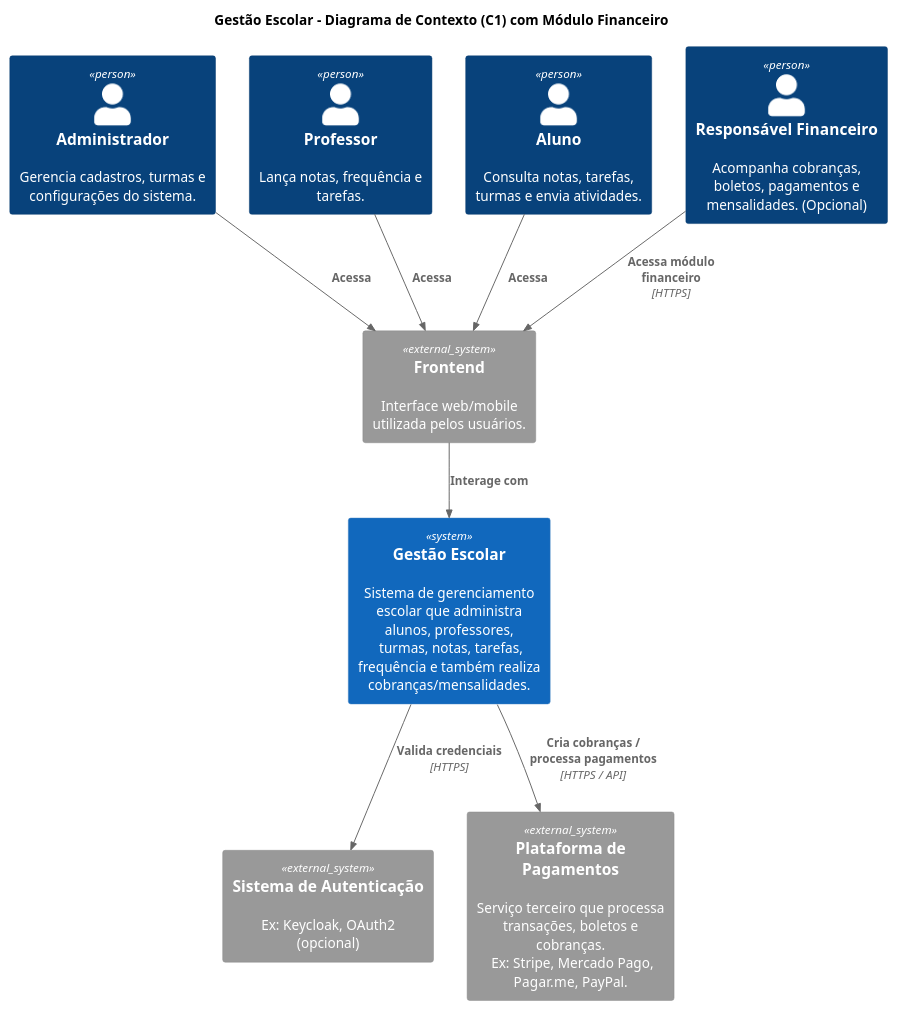
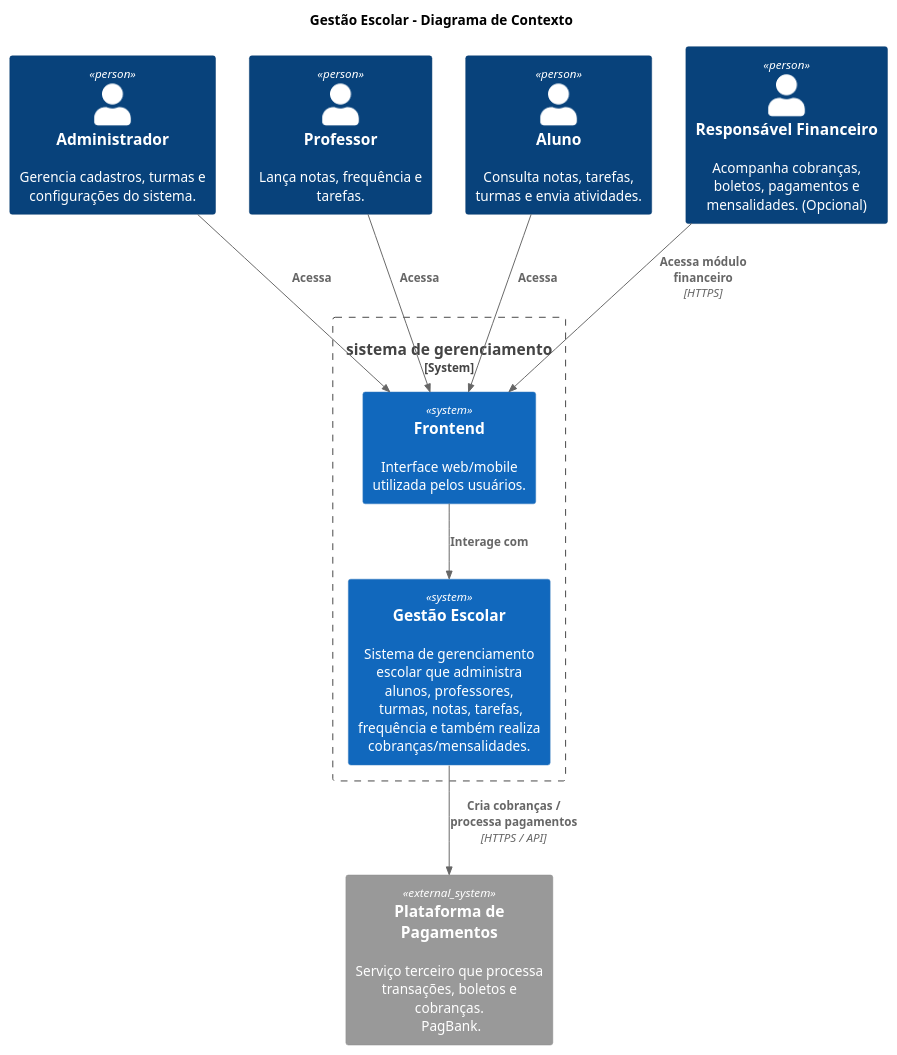
Before and after one commit to Framks/gestao_escolar_api: the diagram in docs/diagramas/diagrama_contexto.puml, drawn with PlantUML. The commit also changed 1 other file, not shown here.

Commit message:
Adiciona melhoria no diagrama de contexto e adiciona o collection do postman

```diff
--- a/docs/diagramas/diagrama_contexto.puml
+++ b/docs/diagramas/diagrama_contexto.puml
@@ -1,32 +1,31 @@
 @startuml
 !includeurl https://raw.githubusercontent.com/plantuml-stdlib/C4-PlantUML/master/C4_Context.puml
 
-title Gestão Escolar – Diagrama de Contexto (C1) com Módulo Financeiro
+title Gestão Escolar – Diagrama de Contexto
 
 Person(admin, "Administrador",  "Gerencia cadastros, turmas e configurações do sistema.")
 Person(prof, "Professor",  "Lança notas, frequência e tarefas.")
 Person(aluno, "Aluno",  "Consulta notas, tarefas, turmas e envia atividades.")
 
 Person(resp_fin, "Responsável Financeiro", "Acompanha cobranças, boletos, pagamentos e mensalidades. (Opcional)")
 
-System(sistema, "Gestão Escolar",   "Sistema de gerenciamento escolar que administra alunos, professores,\n turmas, notas, tarefas, frequência e também realiza cobranças/mensalidades.")
+System_Boundary(sis, "sistema de gerenciamento"){
+    System(frontend, "Frontend", "Interface web/mobile utilizada pelos usuários.")
+    System(sistema, "Gestão Escolar",   "Sistema de gerenciamento escolar que administra alunos, professores,\n turmas, notas, tarefas, frequência e também realiza cobranças/mensalidades.")
+}
 
-System_Ext(frontend, "Frontend", "Interface web/mobile utilizada pelos usuários.")
-System_Ext(autenticacao, "Sistema de Autenticação",  "Ex: Keycloak, OAuth2 (opcional)")
-System_Ext(pagamentos, "Plataforma de Pagamentos",  "Serviço terceiro que processa transações, boletos e cobranças.\n Ex: Stripe, Mercado Pago, Pagar.me, PayPal.")
-
+System_Ext(pagamentos, "Plataforma de Pagamentos",  "Serviço terceiro que processa transações, boletos e cobranças.\n PagBank.")
 
 ' --- Relações dos usuários com o frontend ---
 Rel(admin, frontend, "Acessa")
 Rel(prof, frontend, "Acessa")
 Rel(aluno, frontend, "Acessa")
 Rel(resp_fin, frontend, "Acessa módulo financeiro", "HTTPS")
 
 ' --- Relações do frontend com o sistema ---
 Rel(frontend, sistema, "Interage com")
 
 ' --- Serviços externos usados pelo sistema ---
-Rel(sistema, autenticacao, "Valida credenciais", "HTTPS")
 Rel(sistema, pagamentos, "Cria cobranças / processa pagamentos", "HTTPS / API")
 
 @enduml
```
